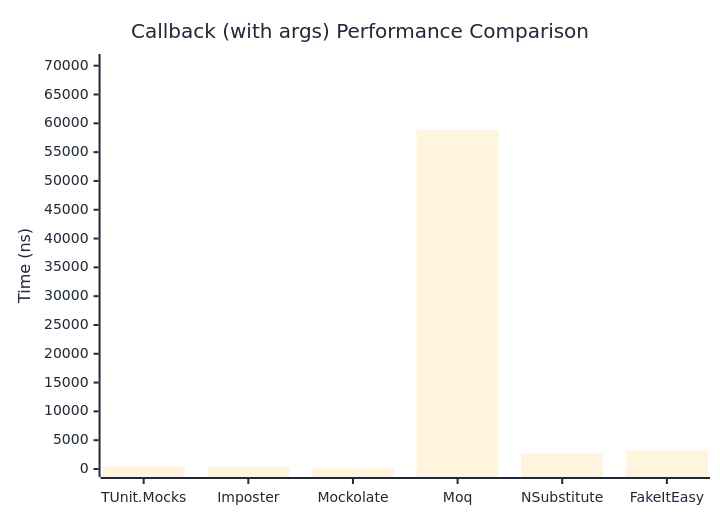
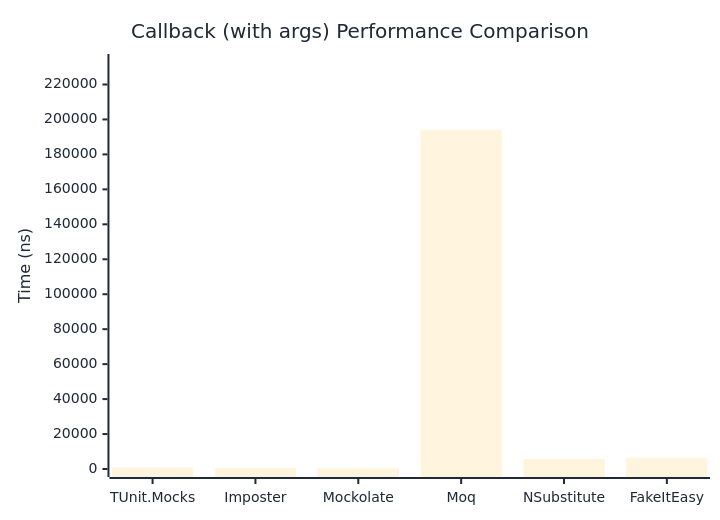
One commit to thomhurst/TUnit changed the second of 2 diagrams in docs/docs/benchmarks/mocks/Callback.md. Above: the diagram before and after it, drawn with Mermaid. The commit also changed other lines of this file and 14 other files, not shown here.

````diff
--- a/docs/docs/benchmarks/mocks/Callback.md
+++ b/docs/docs/benchmarks/mocks/Callback.md
@@ -71,27 +71,27 @@
 ```mermaid
 %%{init: {
   'theme':'base',
   'themeVariables': {
     'primaryColor': '#2563eb',
     'primaryTextColor': '#1f2937',
     'primaryBorderColor': '#1e40af',
     'lineColor': '#6b7280',
     'secondaryColor': '#7c3aed',
     'tertiaryColor': '#dc2626',
     'background': '#ffffff',
     'pie1': '#2563eb',
     'pie2': '#7c3aed',
     'pie3': '#dc2626',
     'pie4': '#f59e0b',
     'pie5': '#10b981',
     'pie6': '#06b6d4',
     'pie7': '#ec4899',
     'pie8': '#6366f1'
   }
 }}%%
 xychart-beta
   title "Callback (with args) Performance Comparison"
   x-axis ["TUnit.Mocks", "Imposter", "Mockolate", "Moq", "NSubstitute", "FakeItEasy"]
-  y-axis "Time (ns)" 0 --> 70641
-  bar [498.9, 309.4, 253.9, 58866.9, 2741.8, 3266.3]
+  y-axis "Time (ns)" 0 --> 232871
+  bar [787.3, 527, 418.2, 194058.9, 5684.2, 6403.4]
 ```
````
